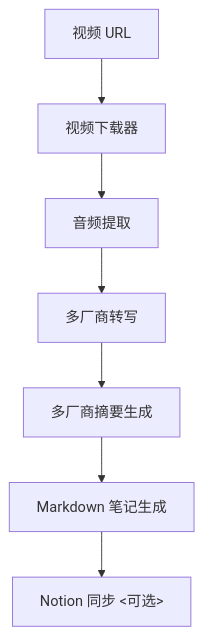
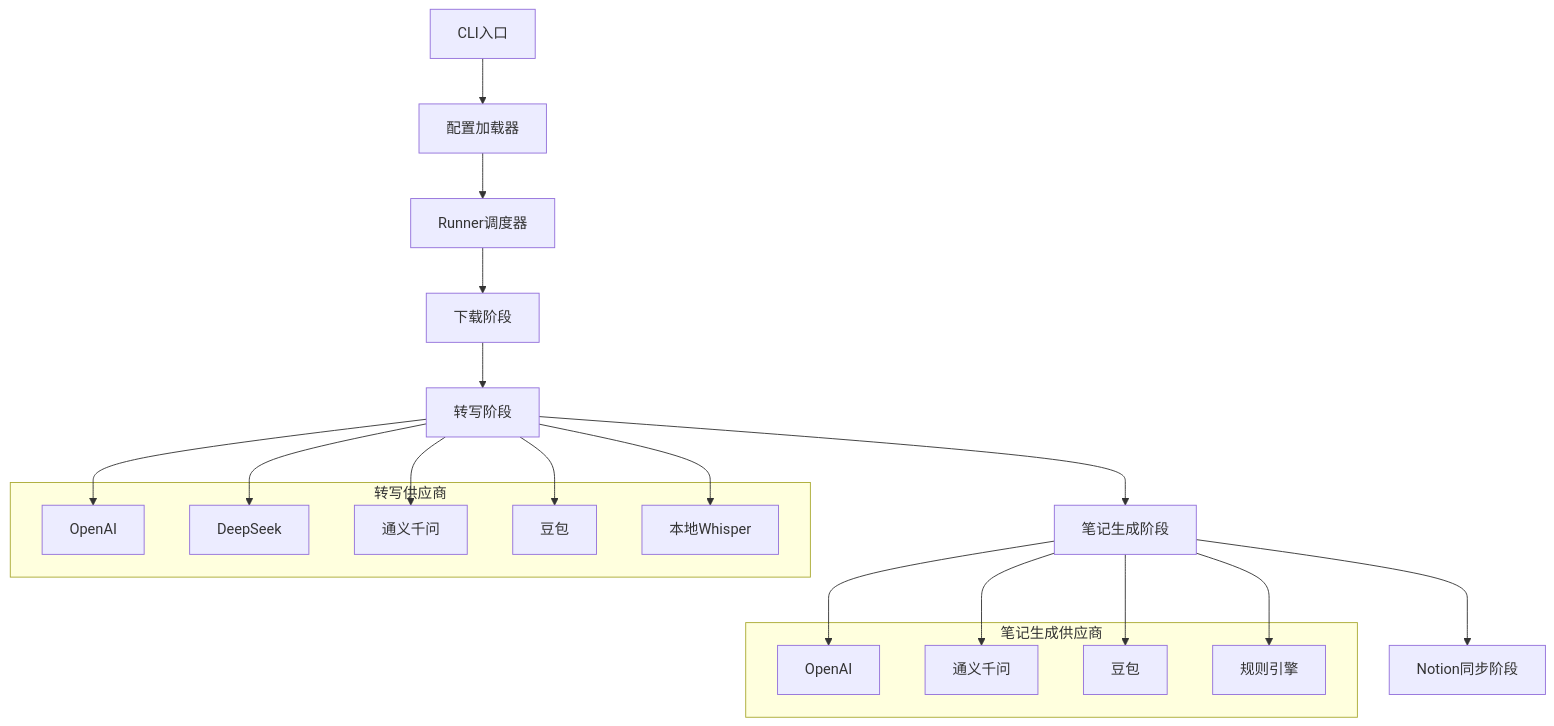
Before and after one commit to deathwhispers/video2note: the diagram in README.md, drawn with Mermaid. The commit also changed other lines of this file and 2 other files, not shown here.

````diff
--- a/README.md
+++ b/README.md
@@ -20,9 +18,35 @@
 ```mermaid
 flowchart TD
-    A[视频 URL] --> B[视频下载器]
-    B --> C[音频提取 <ffmpeg>]
-    C --> D[多厂商转写]
-    D --> E[多厂商摘要生成]
-    E --> F[Markdown 笔记生成]
-    F --> G[Notion 同步 <可选>]
+    A[CLI入口] --> B[配置加载器]
+    B --> C[Runner调度器]
+    C --> D[下载阶段]
+    D --> E[转写阶段]
+    E --> F[笔记生成阶段]
+    F --> G[Notion同步阶段]
+    
+    subgraph 转写供应商
+    T1[OpenAI]
+    T2[DeepSeek]
+    T3[通义千问]
+    T4[豆包]
+    T5[本地Whisper]
+    end
+    
+    subgraph 笔记生成供应商
+    S1[OpenAI]
+    S2[通义千问]
+    S3[豆包]
+    S4[规则引擎]
+    end
+    
+    E --> T1
+    E --> T2
+    E --> T3
+    E --> T4
+    E --> T5
+    
+    F --> S1
+    F --> S2
+    F --> S3
+    F --> S4
 ```
````
